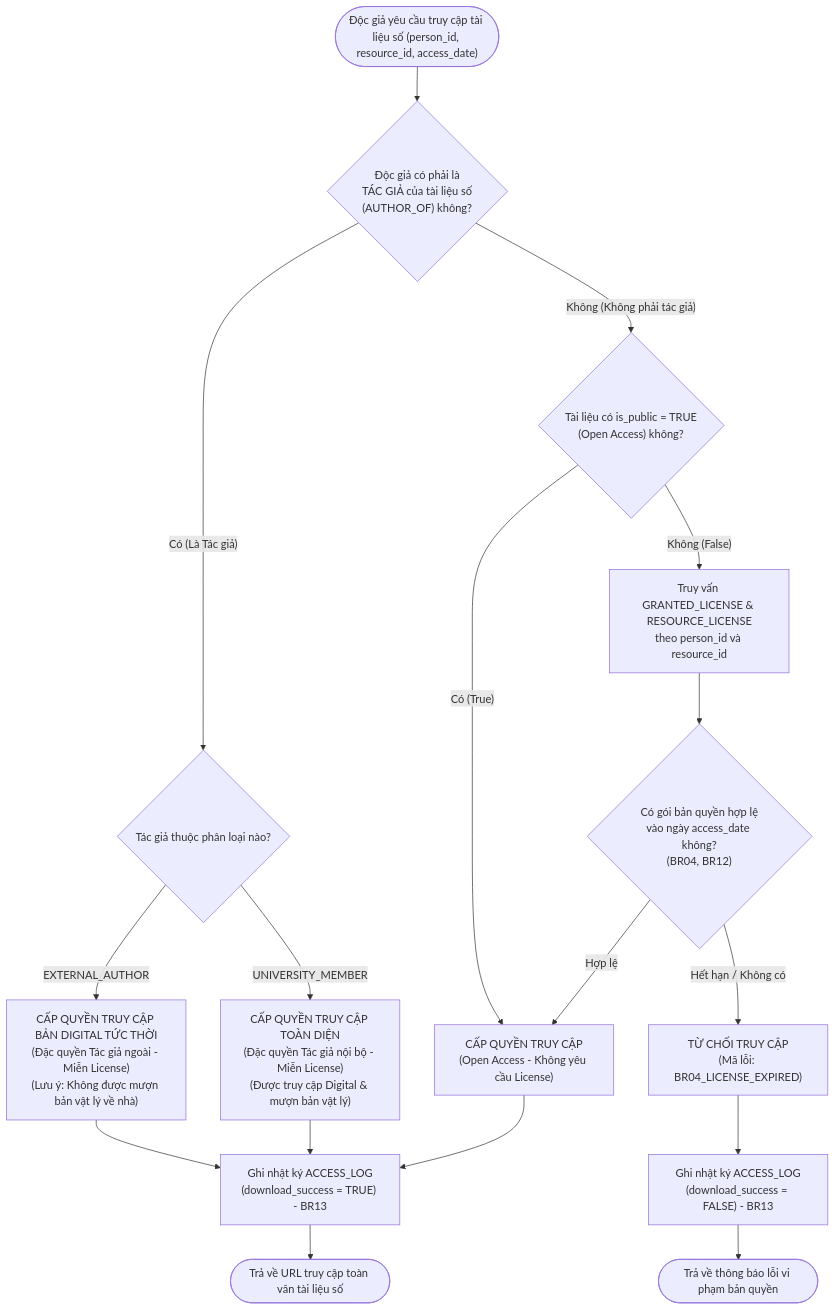
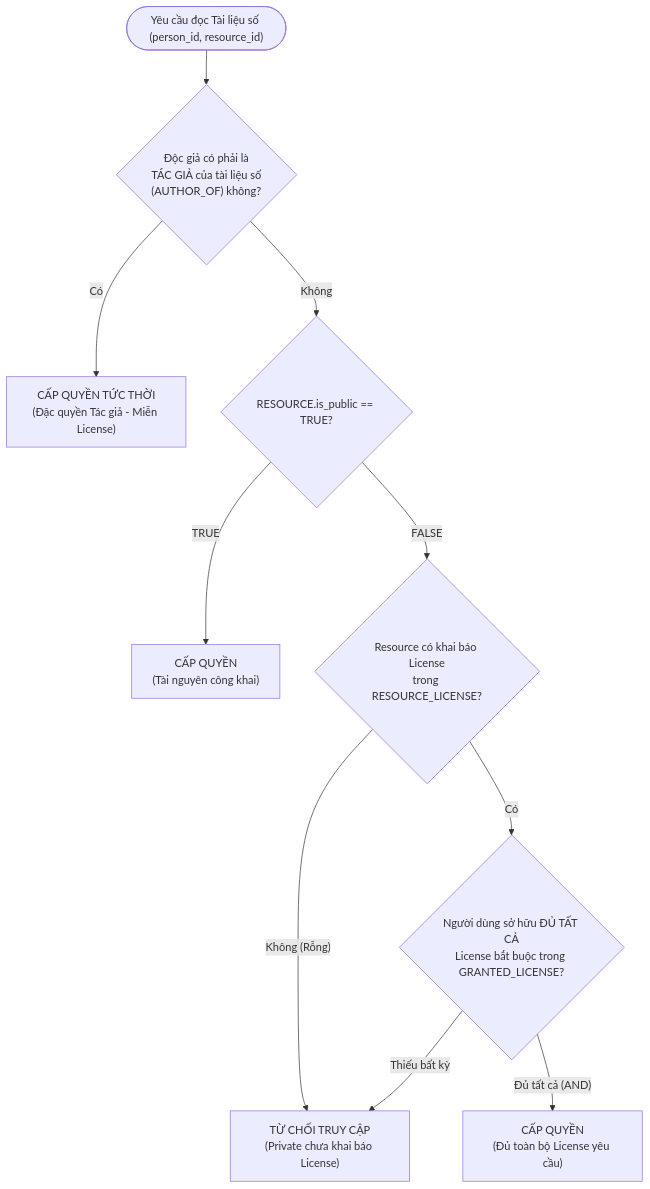
One commit to Phong134679/database_project changed the sixth of 6 diagrams in Source/FR_Operational_Flows.md. Above: the diagram before and after it, drawn with Mermaid. The commit also changed other lines of this file and 28 other files, not shown here.

````diff
--- a/Source/FR_Operational_Flows.md
+++ b/Source/FR_Operational_Flows.md
@@ -278,27 +277,12 @@
 ```mermaid
 flowchart TD
-    Start(["Độc giả yêu cầu truy cập tài liệu số (person_id, resource_id, access_date)"]) --> CheckAuthor{"Độc giả có phải là\nTÁC GIẢ của tài liệu số\n(AUTHOR_OF) không?"}
-    
-    CheckAuthor -- Có (Là Tác giả) --> CheckAuthorType{"Tác giả thuộc phân loại nào?"}
-    CheckAuthorType -- EXTERNAL_AUTHOR --> GrantDigitalOnly["CẤP QUYỀN TRUY CẬP BẢN DIGITAL TỨC THỜI\n(Đặc quyền Tác giả ngoài - Miễn License)\n(Lưu ý: Không được mượn bản vật lý về nhà)"]
-    CheckAuthorType -- UNIVERSITY_MEMBER --> GrantFullAccess["CẤP QUYỀN TRUY CẬP TOÀN DIỆN\n(Đặc quyền Tác giả nội bộ - Miễn License)\n(Được truy cập Digital & mượn bản vật lý)"]
-    
-    CheckAuthor -- Không (Không phải tác giả) --> CheckPublic{"Tài liệu có is_public = TRUE\n(Open Access) không?"}
-    
-    CheckPublic -- Có (True) --> GrantAccess["CẤP QUYỀN TRUY CẬP\n(Open Access - Không yêu cầu License)"]
-    
-    CheckPublic -- Không (False) --> QueryLicense["Truy vấn GRANTED_LICENSE & RESOURCE_LICENSE\ntheo person_id và resource_id"]
-    
-    QueryLicense --> ValidateActive{"Có gói bản quyền hợp lệ\nvào ngày access_date không?\n(BR04, BR12)"}
-    
-    ValidateActive -- Hợp lệ --> GrantAccess
-    ValidateActive -- Hết hạn / Không có --> DenyAccess["TỪ CHỐI TRUY CẬP\n(Mã lỗi: BR04_LICENSE_EXPIRED)"]
-    
-    GrantDigitalOnly --> LogSuccess["Ghi nhật ký ACCESS_LOG\n(download_success = TRUE) - BR13"]
-    GrantFullAccess --> LogSuccess
-    GrantAccess --> LogSuccess
-    DenyAccess --> LogFail["Ghi nhật ký ACCESS_LOG\n(download_success = FALSE) - BR13"]
-    
-    LogSuccess --> ReturnSuccess(["Trả về URL truy cập toàn văn tài liệu số"])
-    LogFail --> ReturnError(["Trả về thông báo lỗi vi phạm bản quyền"])
+    Start(["Yêu cầu đọc Tài liệu số (person_id, resource_id)"]) --> CheckAuthor{"Độc giả có phải là\nTÁC GIẢ của tài liệu số\n(AUTHOR_OF) không?"}
+    CheckAuthor -- Có --> GrantAuthor["CẤP QUYỀN TỨC THỜI\n(Đặc quyền Tác giả - Miễn License)"]
+    CheckAuthor -- Không --> CheckPublic{"RESOURCE.is_public == TRUE?"}
+    CheckPublic -- TRUE --> GrantPublic["CẤP QUYỀN\n(Tài nguyên công khai)"]
+    CheckPublic -- FALSE --> CheckDeclared{"Resource có khai báo License\ntrong RESOURCE_LICENSE?"}
+    CheckDeclared -- Không (Rỗng) --> DenyAccess["TỪ CHỐI TRUY CẬP\n(Private chưa khai báo License)"]
+    CheckDeclared -- Có --> CheckAll{"Người dùng sở hữu ĐỦ TẤT CẢ\nLicense bắt buộc trong GRANTED_LICENSE?"}
+    CheckAll -- Đủ tất cả (AND) --> GrantLic["CẤP QUYỀN\n(Đủ toàn bộ License yêu cầu)"]
+    CheckAll -- Thiếu bất kỳ --> DenyAccess
 ```
````
